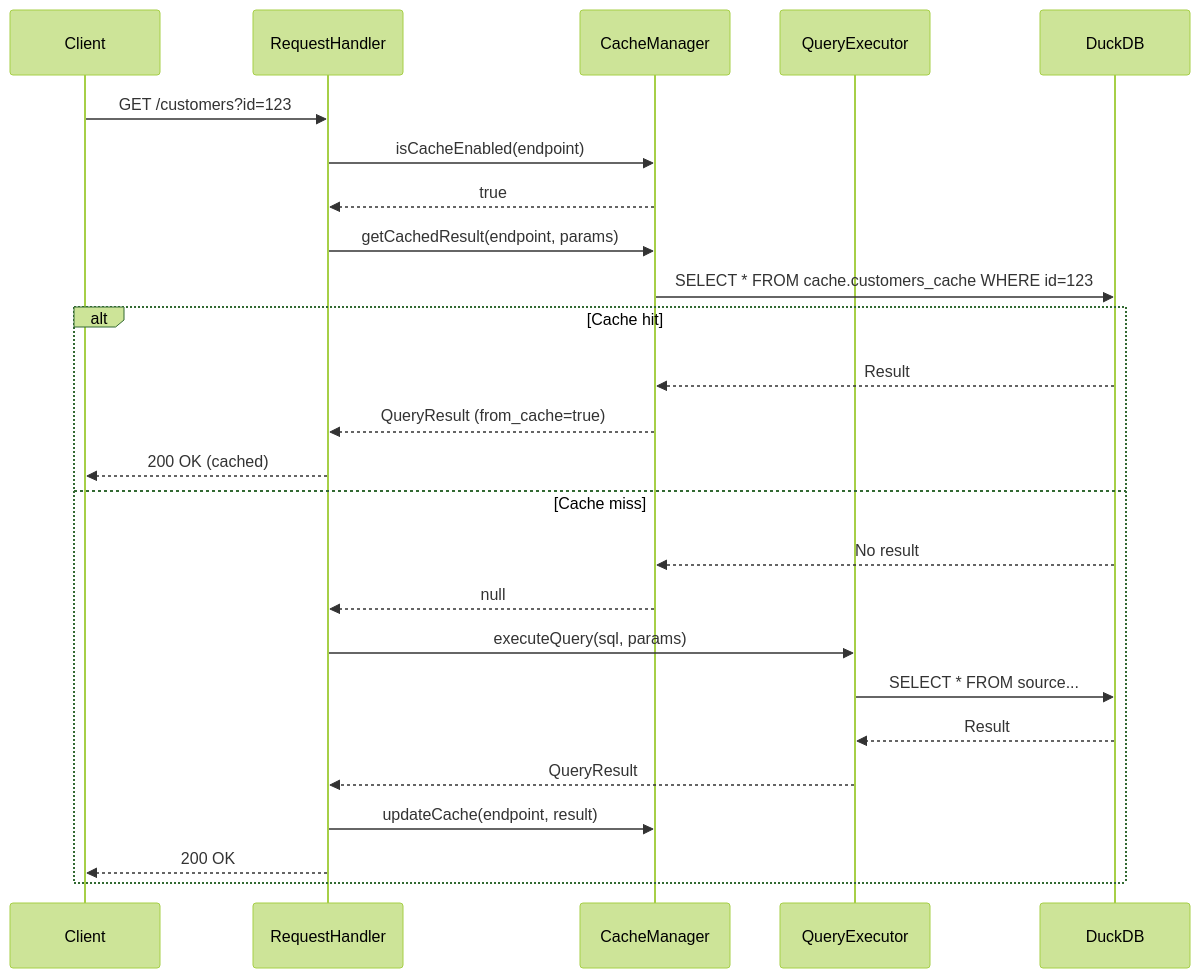
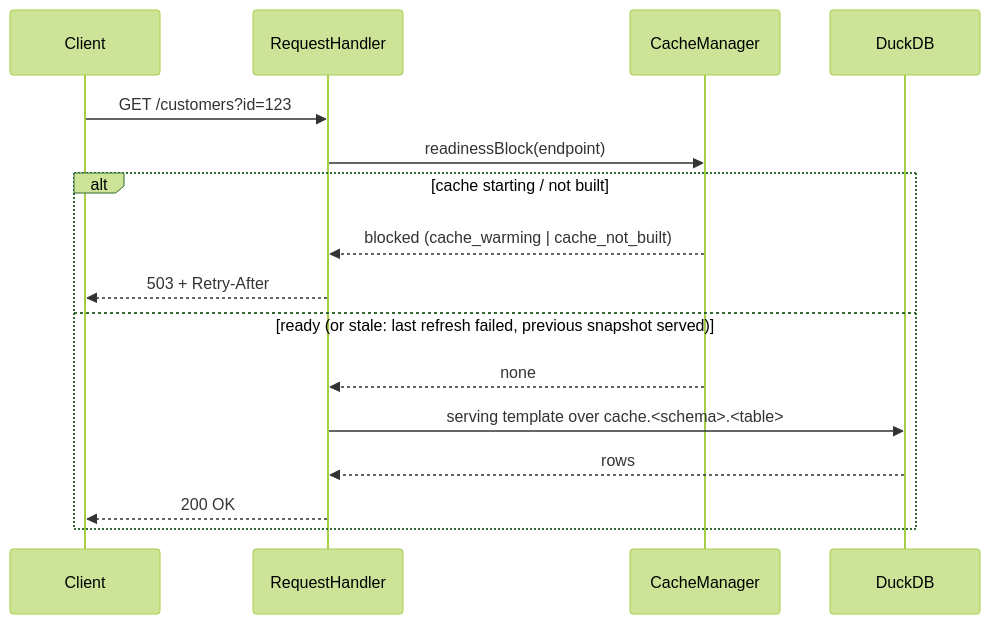
One commit to DataZooDE/flapi changed the third of 3 diagrams in docs/spec/components/caching.md. Above: the diagram before and after it, drawn with Mermaid (forest theme). The commit also changed other lines of this file and 58 other files, not shown here.

````diff
--- a/docs/spec/components/caching.md
+++ b/docs/spec/components/caching.md
@@ -331,33 +355,19 @@
 ```mermaid
 sequenceDiagram
     participant Client
     participant RH as RequestHandler
     participant CM as CacheManager
-    participant QE as QueryExecutor
     participant DuckDB
 
     Client->>RH: GET /customers?id=123
-
-    RH->>CM: isCacheEnabled(endpoint)
-    CM-->>RH: true
-
-    RH->>CM: getCachedResult(endpoint, params)
-    CM->>DuckDB: SELECT * FROM cache.customers_cache WHERE id=123
-
-    alt Cache hit
-        DuckDB-->>CM: Result
-        CM-->>RH: QueryResult (from_cache=true)
-        RH-->>Client: 200 OK (cached)
-    else Cache miss
-        DuckDB-->>CM: No result
-        CM-->>RH: null
-
-        RH->>QE: executeQuery(sql, params)
-        QE->>DuckDB: SELECT * FROM source...
-        DuckDB-->>QE: Result
-        QE-->>RH: QueryResult
-
-        RH->>CM: updateCache(endpoint, result)
+    RH->>CM: readinessBlock(endpoint)
+    alt cache starting / not built
+        CM-->>RH: blocked (cache_warming | cache_not_built)
+        RH-->>Client: 503 + Retry-After
+    else ready (or stale: last refresh failed, previous snapshot served)
+        CM-->>RH: none
+        RH->>DuckDB: serving template over cache.<schema>.<table>
+        DuckDB-->>RH: rows
         RH-->>Client: 200 OK
     end
 ```
````
